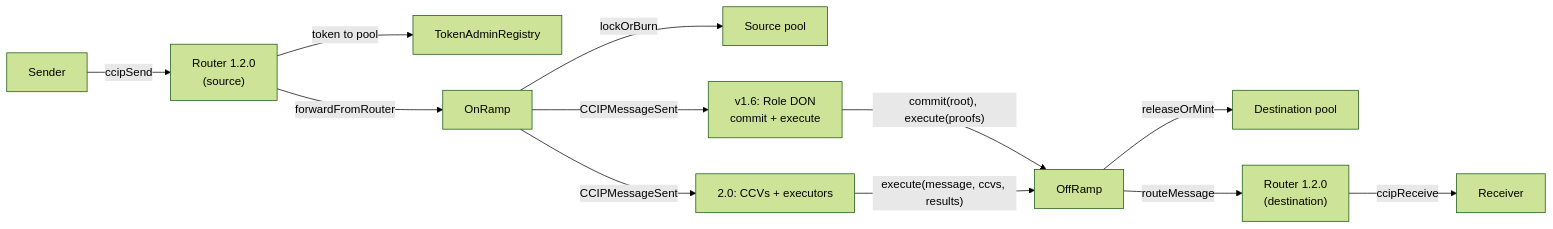
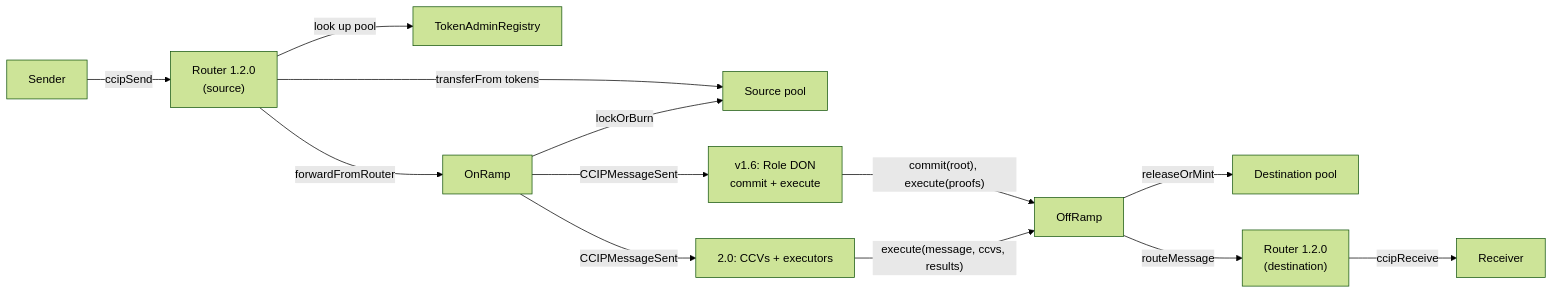
One commit to rya-sge/access-denied changed the first of 2 diagrams in _posts/2026-11-16-chainlink-ccip-architecture.md. Above: the diagram before and after it, drawn with Mermaid (forest theme). The commit also changed other lines of this file and 24 other files, not shown here.

````diff
--- a/_posts/2026-11-16-chainlink-ccip-architecture.md
+++ b/_posts/2026-11-16-chainlink-ccip-architecture.md
@@ -68,14 +74,15 @@
 ```mermaid
 flowchart LR
     S["Sender"] -->|"ccipSend"| RS["Router 1.2.0<br/>(source)"]
-    RS -->|"token to pool"| TAR["TokenAdminRegistry"]
+    RS -->|"look up pool"| TAR["TokenAdminRegistry"]
+    RS -->|"transferFrom tokens"| SP
     RS -->|"forwardFromRouter"| ON["OnRamp"]
     ON -->|"lockOrBurn"| SP["Source pool"]
     ON -->|"CCIPMessageSent"| OFF1["v1.6: Role DON<br/>commit + execute"]
     ON -->|"CCIPMessageSent"| OFF2["2.0: CCVs + executors"]
     OFF1 -->|"commit(root), execute(proofs)"| OFFR["OffRamp"]
     OFF2 -->|"execute(message, ccvs, results)"| OFFR
     OFFR -->|"releaseOrMint"| DP["Destination pool"]
     OFFR -->|"routeMessage"| RD["Router 1.2.0<br/>(destination)"]
     RD -->|"ccipReceive"| RCV["Receiver"]
 ```
````
